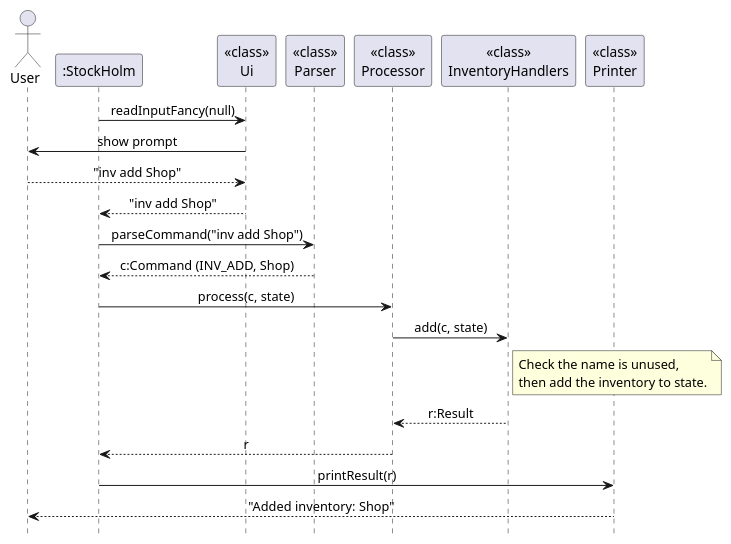
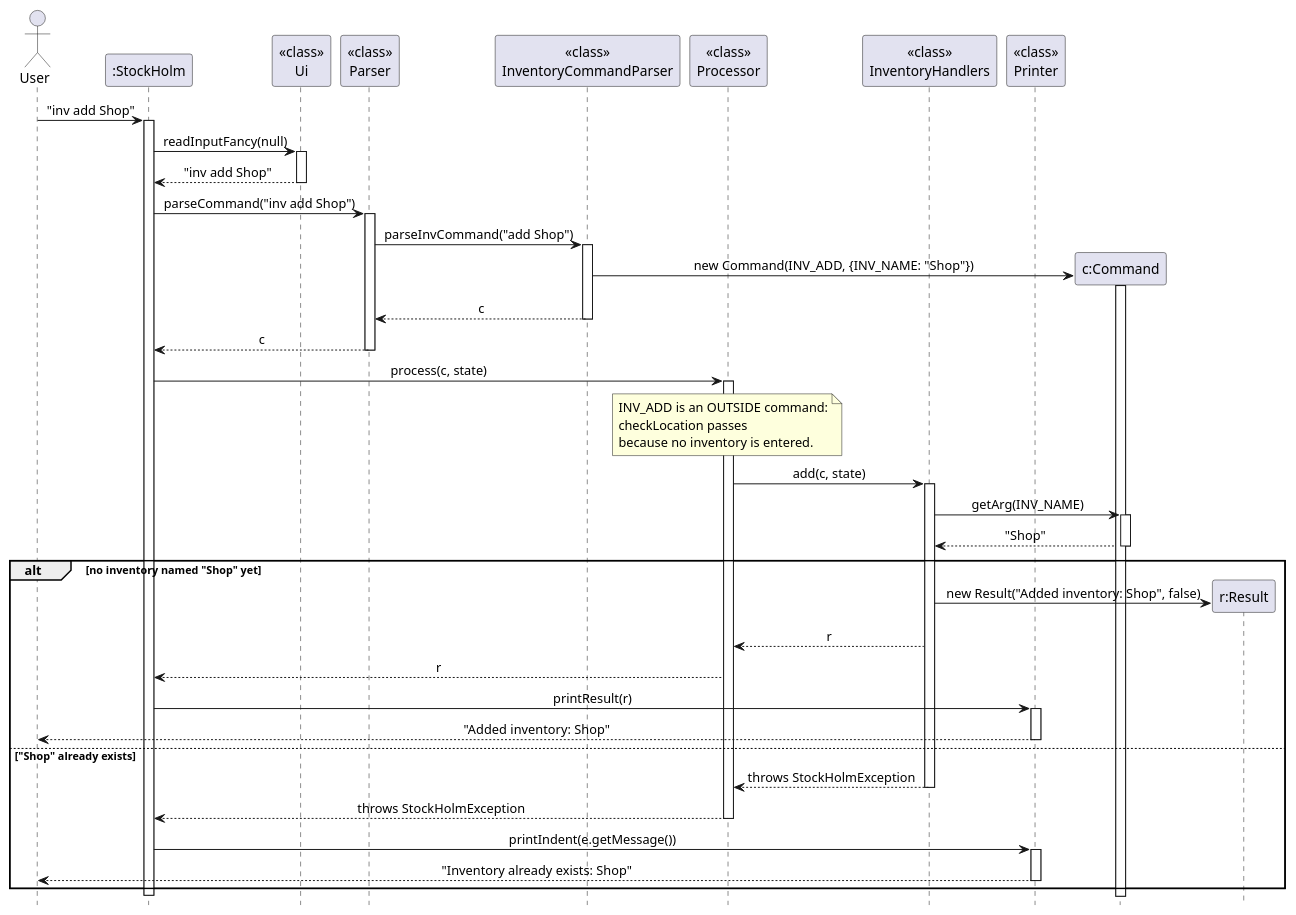
One commit to AY2627S1-CS2113-W14-4/tp changed the diagram in docs/diagrams/InvAddSequence.puml. Above: the diagram before and after it, drawn with PlantUML. The commit also changed 4 other files, not shown here.

Commit message:
Address diagram review feedback

```diff
--- a/docs/diagrams/InvAddSequence.puml
+++ b/docs/diagrams/InvAddSequence.puml
@@ -1,29 +1,67 @@
 @startuml
 hide footbox
 skinparam sequenceMessageAlign center
 
 actor User
 participant ":StockHolm" as Main
 participant "<<class>>\nUi" as Ui
 participant "<<class>>\nParser" as Parser
+participant "<<class>>\nInventoryCommandParser" as InvParser
 participant "<<class>>\nProcessor" as Processor
 participant "<<class>>\nInventoryHandlers" as Handlers
 participant "<<class>>\nPrinter" as Printer
 
+User -> Main : "inv add Shop"
+activate Main
 Main -> Ui : readInputFancy(null)
-Ui -> User : show prompt
-User --> Ui : "inv add Shop"
+activate Ui
 Ui --> Main : "inv add Shop"
+deactivate Ui
+
 Main -> Parser : parseCommand("inv add Shop")
-Parser --> Main : c:Command (INV_ADD, Shop)
+activate Parser
+Parser -> InvParser : parseInvCommand("add Shop")
+activate InvParser
+create participant "c:Command" as Cmd
+InvParser -> Cmd : new Command(INV_ADD, {INV_NAME: "Shop"})
+activate Cmd
+deactivate Cmd
+InvParser --> Parser : c
+deactivate InvParser
+Parser --> Main : c
+deactivate Parser
+
 Main -> Processor : process(c, state)
+activate Processor
+note over Processor
+    INV_ADD is an OUTSIDE command:
+    checkLocation passes
+    because no inventory is entered.
+end note
 Processor -> Handlers : add(c, state)
-note right of Handlers
-    Check the name is unused,
-    then add the inventory to state.
-end note
-Handlers --> Processor : r:Result
-Processor --> Main : r
-Main -> Printer : printResult(r)
-Printer --> User : "Added inventory: Shop"
+activate Handlers
+Handlers -> Cmd : getArg(INV_NAME)
+activate Cmd
+Cmd --> Handlers : "Shop"
+deactivate Cmd
+alt no inventory named "Shop" yet
+    create participant "r:Result" as Res
+    Handlers -> Res : new Result("Added inventory: Shop", false)
+    Handlers --> Processor : r
+    Processor --> Main : r
+    Main -> Printer : printResult(r)
+    activate Printer
+    Printer --> User : "Added inventory: Shop"
+    deactivate Printer
+else "Shop" already exists
+    Handlers --> Processor : throws StockHolmException
+    deactivate Handlers
+    Processor --> Main : throws StockHolmException
+    deactivate Processor
+    Main -> Printer : printIndent(e.getMessage())
+    activate Printer
+    Printer --> User : "Inventory already exists: Shop"
+    deactivate Printer
+end
+deactivate Main
 @enduml
```
